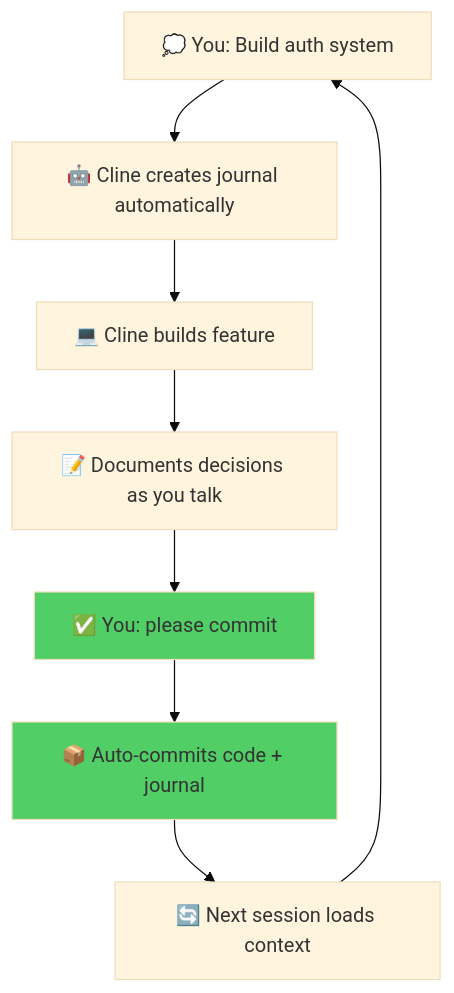
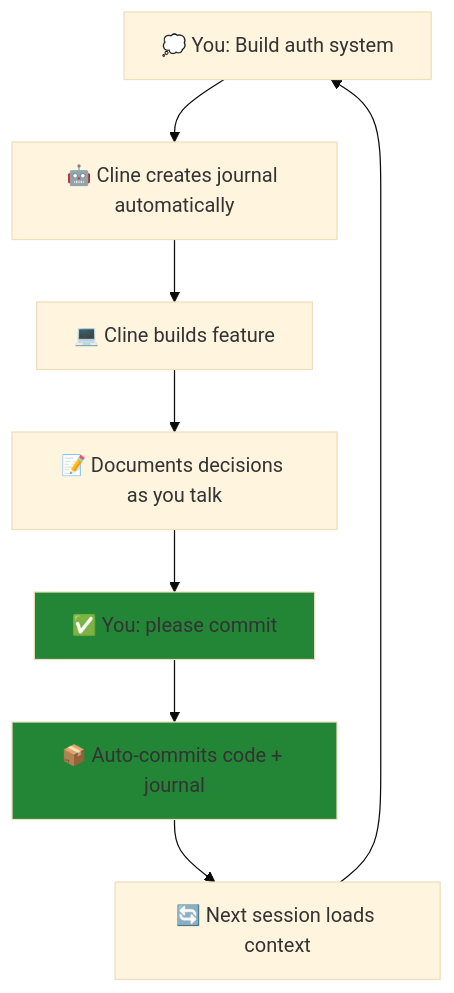
One commit to hassanvfx/clineflow changed the second of 7 diagrams in README.md. Above: the diagram before and after it, drawn with Mermaid (base theme). The commit also changed other lines of this file, not shown here.

First line of the commit message:
fix: improve Mermaid diagram colors for better readability

````diff
--- a/README.md
+++ b/README.md
@@ -89,12 +89,12 @@
 ```mermaid
 graph TD
     A[💭 You: Build auth system] --> B[🤖 Cline creates journal automatically]
     B --> C[💻 Cline builds feature]
     C --> D[📝 Documents decisions as you talk]
     D --> E[✅ You: please commit]
     E --> F[📦 Auto-commits code + journal]
     F --> G[🔄 Next session loads context]
     G --> A
-    style E fill:#51cf66
-    style F fill:#51cf66
+    style E fill:#238636
+    style F fill:#238636
 ```
````
